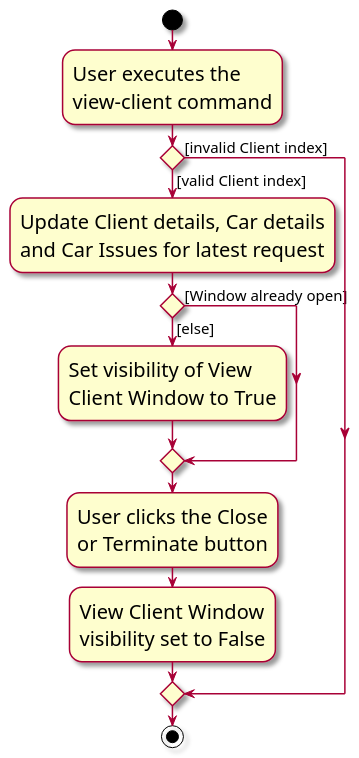
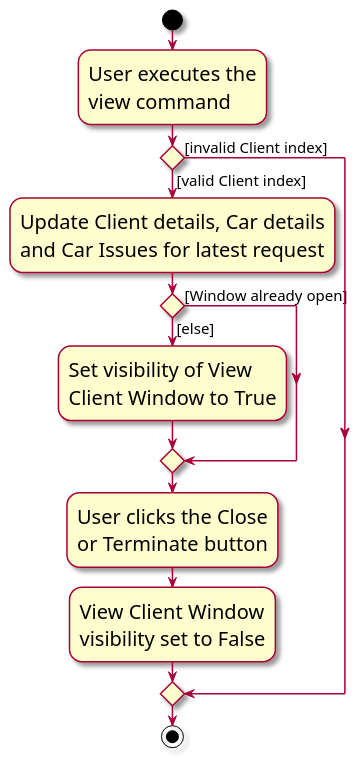
Before and after one commit to nus-cs2103-AY2425S1/tp: the diagram in docs/diagrams/ViewClientActivityDiagram.puml, drawn with PlantUML. The commit also changed 12 other files, not shown here.

```diff
--- a/docs/diagrams/ViewClientActivityDiagram.puml
+++ b/docs/diagrams/ViewClientActivityDiagram.puml
@@ -1,27 +1,27 @@
 @startuml
 skin rose
 skinparam ActivityFontSize 20
 skinparam ArrowFontSize 15
 start
 :User executes the
-view-client command;
+view command;
 
 if () then ([valid Client index])
     :Update Client details, Car details
     and Car Issues for latest request;
 
     if () then ([Window already open])
     else ([else])
         :Set visibility of View
         Client Window to True;
     endif
 
 :User clicks the Close
 or Terminate button;
 :View Client Window
 visibility set to False;
 
 else ([invalid Client index])
 endif
 stop
 @enduml
```
